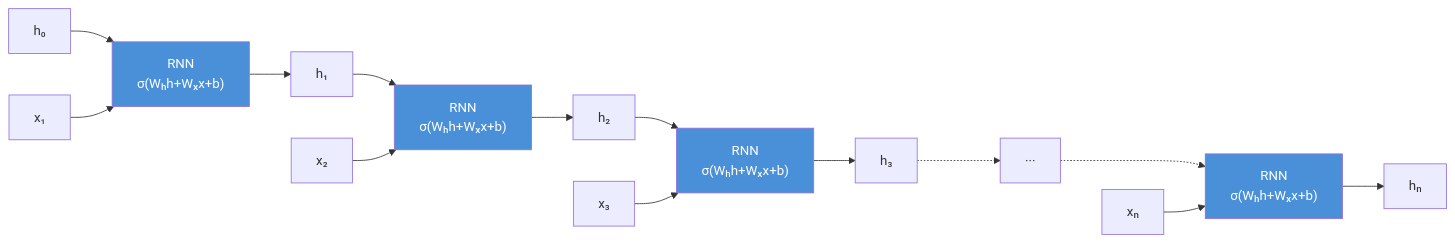
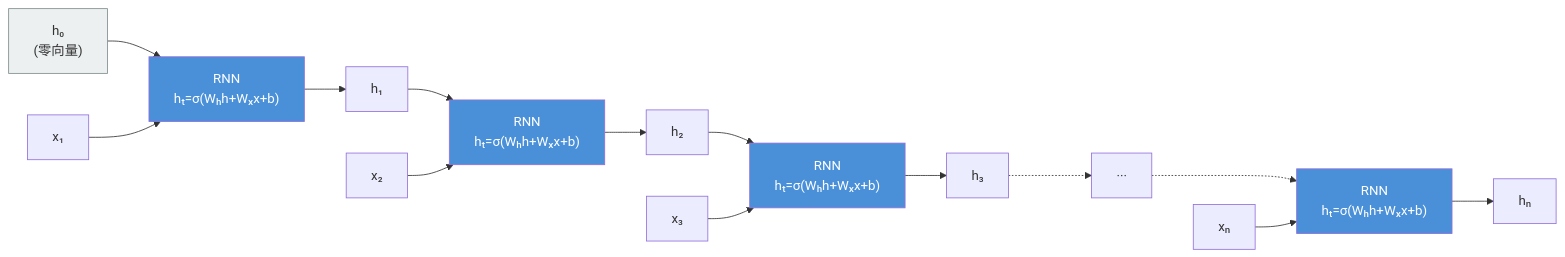
The first of 2 diagrams in 01_introduction/1.2_rnn_cnn_limits.md (yeasy/llm_internals), drawn with Mermaid before and after one commit. The commit also changed other lines of this file and 44 other files, not shown here.

````diff
--- a/01_introduction/1.2_rnn_cnn_limits.md
+++ b/01_introduction/1.2_rnn_cnn_limits.md
@@ -17,21 +17,22 @@
 ```mermaid
 graph LR
-    h0["h₀"] --> A["RNN<br/>σ(Wₕh+Wₓx+b)"]
+    h0["h₀<br/>(零向量)"] --> A["RNN<br/>hₜ=σ(Wₕh+Wₓx+b)"]
     x1["x₁"] --> A
     A --> h1["h₁"]
-    h1 --> B["RNN<br/>σ(Wₕh+Wₓx+b)"]
+    h1 --> B["RNN<br/>hₜ=σ(Wₕh+Wₓx+b)"]
     x2["x₂"] --> B
     B --> h2["h₂"]
-    h2 --> C["RNN<br/>σ(Wₕh+Wₓx+b)"]
+    h2 --> C["RNN<br/>hₜ=σ(Wₕh+Wₓx+b)"]
     x3["x₃"] --> C
     C --> h3["h₃"]
     h3 -..-> D[" ··· "]
-    D -..-> E["RNN<br/>σ(Wₕh+Wₓx+b)"]
+    D -..-> E["RNN<br/>hₜ=σ(Wₕh+Wₓx+b)"]
     xn["xₙ"] --> E
     E --> hn["hₙ"]
 
     style A fill:#4a90d9,color:#fff
     style B fill:#4a90d9,color:#fff
     style C fill:#4a90d9,color:#fff
     style E fill:#4a90d9,color:#fff
+    style h0 fill:#ecf0f1,stroke:#7f8c8d
 ```
````
